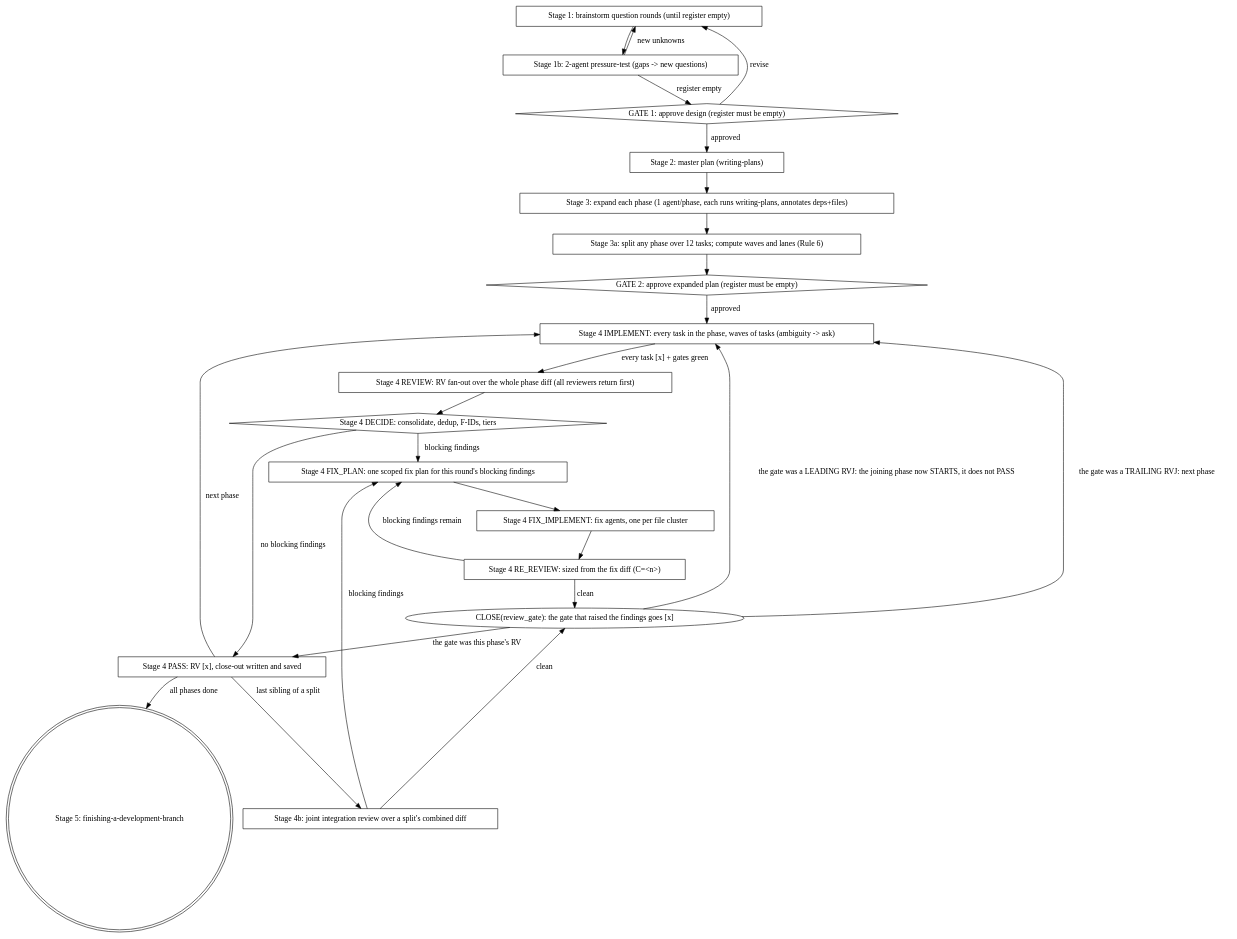
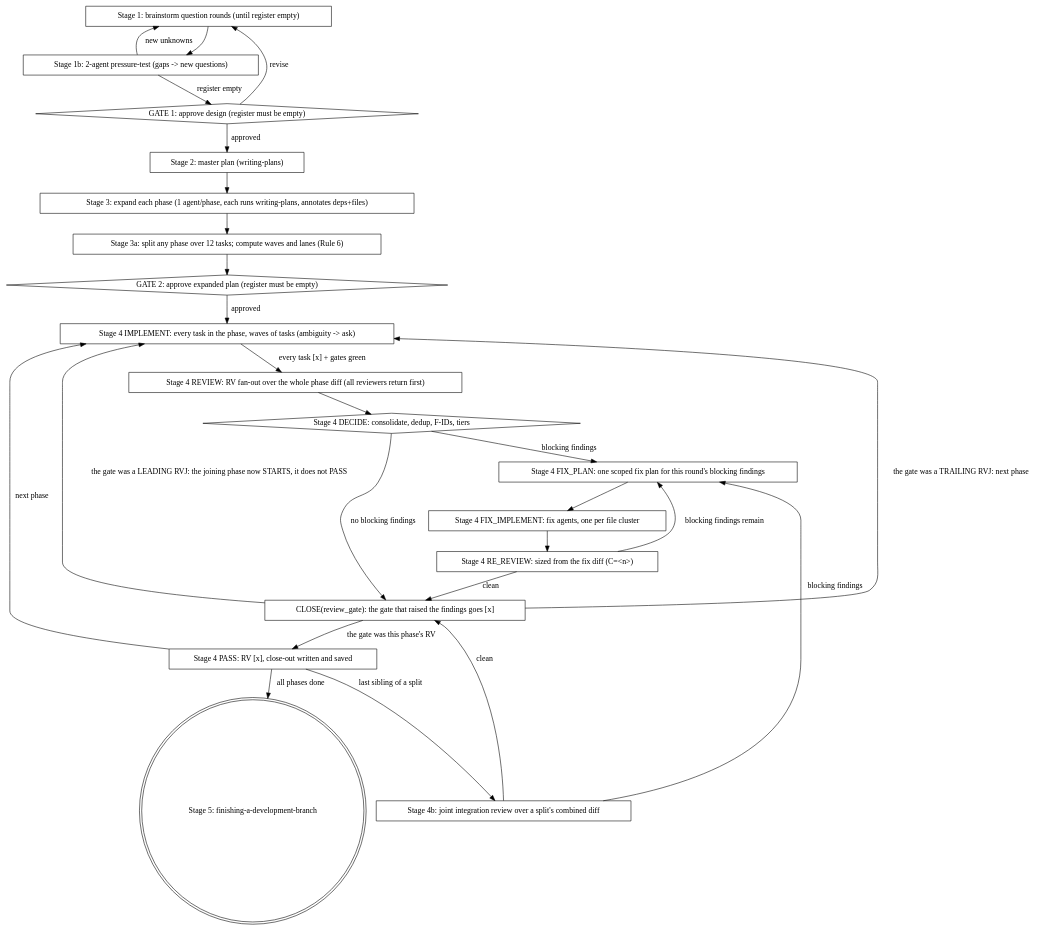
The diagram in plugins/superb/skills/pipeline/SKILL.md (kardebadas/claude-plugin), drawn with Graphviz before and after one commit. The commit also changed other lines of this file and 5 other files, not shown here.

````diff
--- a/plugins/superb/skills/pipeline/SKILL.md
+++ b/plugins/superb/skills/pipeline/SKILL.md
@@ -596,46 +596,47 @@
 ```dot
 digraph pipeline {
     "Stage 1: brainstorm question rounds (until register empty)" [shape=box];
     "Stage 1b: 2-agent pressure-test (gaps -> new questions)" [shape=box];
     "GATE 1: approve design (register must be empty)" [shape=diamond];
     "Stage 2: master plan (writing-plans)" [shape=box];
     "Stage 3: expand each phase (1 agent/phase, each runs writing-plans, annotates deps+files)" [shape=box];
     "Stage 3a: split any phase over 12 tasks; compute waves and lanes (Rule 6)" [shape=box];
     "GATE 2: approve expanded plan (register must be empty)" [shape=diamond];
     "Stage 4 IMPLEMENT: every task in the phase, waves of tasks (ambiguity -> ask)" [shape=box];
     "Stage 4 REVIEW: RV fan-out over the whole phase diff (all reviewers return first)" [shape=box];
     "Stage 4 DECIDE: consolidate, dedup, F-IDs, tiers" [shape=diamond];
     "Stage 4 FIX_PLAN: one scoped fix plan for this round's blocking findings" [shape=box];
     "Stage 4 FIX_IMPLEMENT: fix agents, one per file cluster" [shape=box];
     "Stage 4 RE_REVIEW: sized from the fix diff (C=<n>)" [shape=box];
+    "CLOSE(review_gate): the gate that raised the findings goes [x]" [shape=box];
     "Stage 4 PASS: RV [x], close-out written and saved" [shape=box];
     "Stage 4b: joint integration review over a split's combined diff" [shape=box];
     "Stage 5: finishing-a-development-branch" [shape=doublecircle];
 
     "Stage 1: brainstorm question rounds (until register empty)" -> "Stage 1b: 2-agent pressure-test (gaps -> new questions)";
     "Stage 1b: 2-agent pressure-test (gaps -> new questions)" -> "Stage 1: brainstorm question rounds (until register empty)" [label="new unknowns"];
     "Stage 1b: 2-agent pressure-test (gaps -> new questions)" -> "GATE 1: approve design (register must be empty)" [label="register empty"];
     "GATE 1: approve design (register must be empty)" -> "Stage 1: brainstorm question rounds (until register empty)" [label="revise"];
     "GATE 1: approve design (register must be empty)" -> "Stage 2: master plan (writing-plans)" [label="approved"];
     "Stage 2: master plan (writing-plans)" -> "Stage 3: expand each phase (1 agent/phase, each runs writing-plans, annotates deps+files)";
     "Stage 3: expand each phase (1 agent/phase, each runs writing-plans, annotates deps+files)" -> "Stage 3a: split any phase over 12 tasks; compute waves and lanes (Rule 6)";
     "Stage 3a: split any phase over 12 tasks; compute waves and lanes (Rule 6)" -> "GATE 2: approve expanded plan (register must be empty)";
     "GATE 2: approve expanded plan (register must be empty)" -> "Stage 4 IMPLEMENT: every task in the phase, waves of tasks (ambiguity -> ask)" [label="approved"];
     "Stage 4 IMPLEMENT: every task in the phase, waves of tasks (ambiguity -> ask)" -> "Stage 4 REVIEW: RV fan-out over the whole phase diff (all reviewers return first)" [label="every task [x] + gates green"];
     "Stage 4 REVIEW: RV fan-out over the whole phase diff (all reviewers return first)" -> "Stage 4 DECIDE: consolidate, dedup, F-IDs, tiers";
-    "Stage 4 DECIDE: consolidate, dedup, F-IDs, tiers" -> "Stage 4 PASS: RV [x], close-out written and saved" [label="no blocking findings"];
+    "Stage 4 DECIDE: consolidate, dedup, F-IDs, tiers" -> "CLOSE(review_gate): the gate that raised the findings goes [x]" [label="no blocking findings"];
     "Stage 4 DECIDE: consolidate, dedup, F-IDs, tiers" -> "Stage 4 FIX_PLAN: one scoped fix plan for this round's blocking findings" [label="blocking findings"];
     "Stage 4 FIX_PLAN: one scoped fix plan for this round's blocking findings" -> "Stage 4 FIX_IMPLEMENT: fix agents, one per file cluster";
     "Stage 4 FIX_IMPLEMENT: fix agents, one per file cluster" -> "Stage 4 RE_REVIEW: sized from the fix diff (C=<n>)";
     "Stage 4 RE_REVIEW: sized from the fix diff (C=<n>)" -> "Stage 4 FIX_PLAN: one scoped fix plan for this round's blocking findings" [label="blocking findings remain"];
     "Stage 4 RE_REVIEW: sized from the fix diff (C=<n>)" -> "CLOSE(review_gate): the gate that raised the findings goes [x]" [label="clean"];
     "CLOSE(review_gate): the gate that raised the findings goes [x]" -> "Stage 4 PASS: RV [x], close-out written and saved" [label="the gate was this phase's RV"];
     "CLOSE(review_gate): the gate that raised the findings goes [x]" -> "Stage 4 IMPLEMENT: every task in the phase, waves of tasks (ambiguity -> ask)" [label="the gate was a LEADING RVJ: the joining phase now STARTS, it does not PASS"];
     "CLOSE(review_gate): the gate that raised the findings goes [x]" -> "Stage 4 IMPLEMENT: every task in the phase, waves of tasks (ambiguity -> ask)" [label="the gate was a TRAILING RVJ: next phase"];
     "Stage 4 PASS: RV [x], close-out written and saved" -> "Stage 4b: joint integration review over a split's combined diff" [label="last sibling of a split"];
     "Stage 4b: joint integration review over a split's combined diff" -> "Stage 4 FIX_PLAN: one scoped fix plan for this round's blocking findings" [label="blocking findings"];
     "Stage 4b: joint integration review over a split's combined diff" -> "CLOSE(review_gate): the gate that raised the findings goes [x]" [label="clean"];
     "Stage 4 PASS: RV [x], close-out written and saved" -> "Stage 4 IMPLEMENT: every task in the phase, waves of tasks (ambiguity -> ask)" [label="next phase"];
     "Stage 4 PASS: RV [x], close-out written and saved" -> "Stage 5: finishing-a-development-branch" [label="all phases done"];
 }
 ```
````
